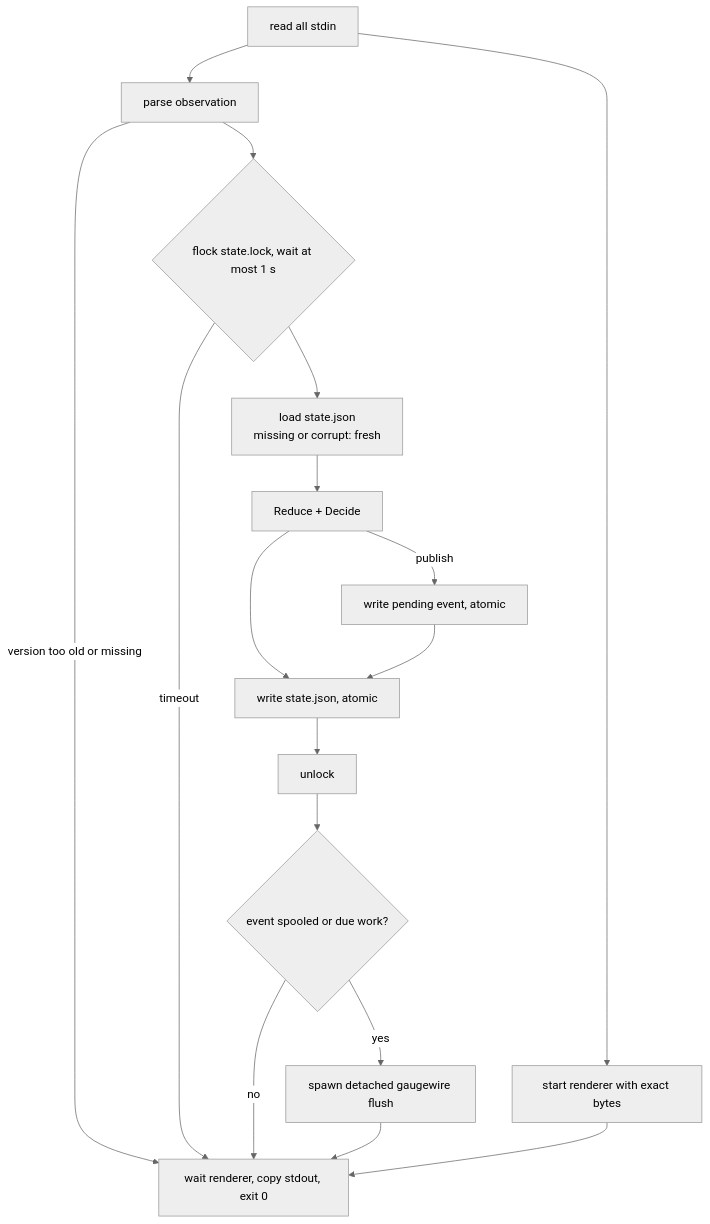
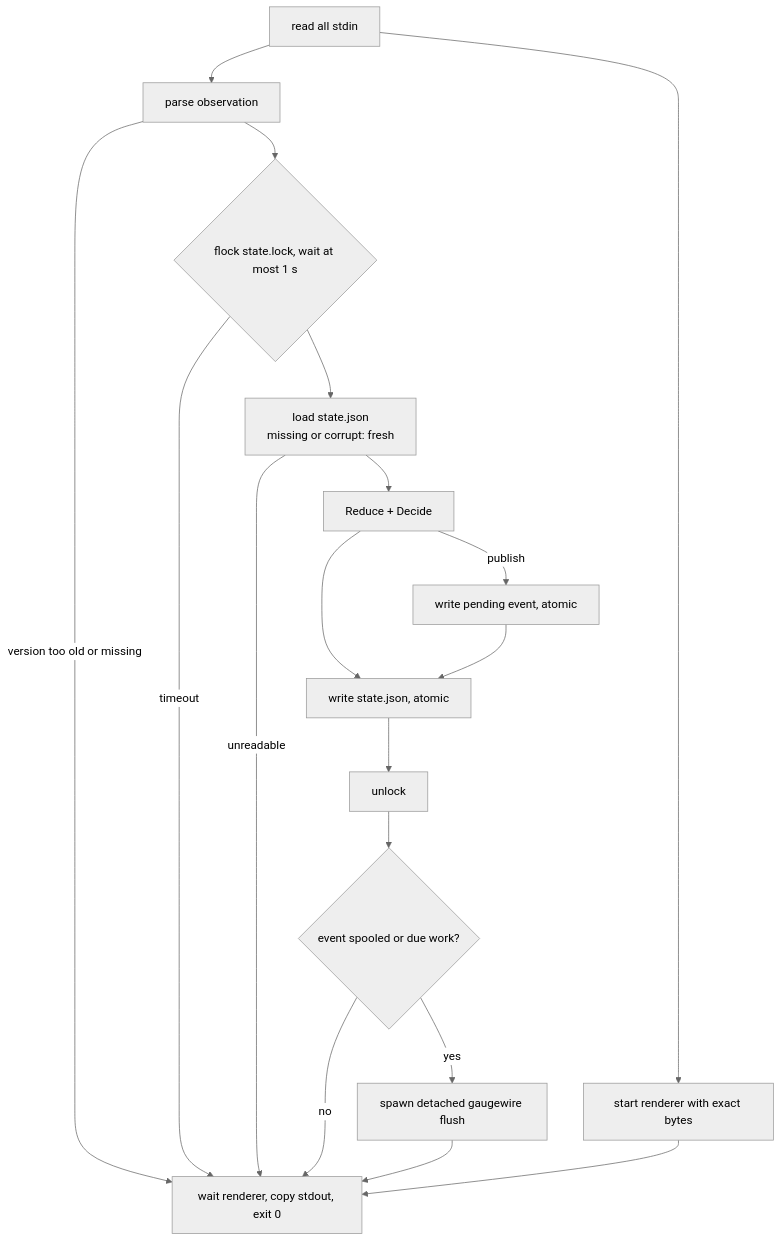
Before and after one commit to sulcer/gaugewire: the diagram in docs/spec/gaugewire/hot-path.md, drawn with Mermaid (neutral theme). The commit also changed other lines of this file and 4 other files, not shown here.

````diff
--- a/docs/spec/gaugewire/hot-path.md
+++ b/docs/spec/gaugewire/hot-path.md
@@ -14,19 +14,20 @@
 ```mermaid
 flowchart TD
     A[read all stdin] --> B[start renderer with exact bytes]
     A --> C[parse observation]
     C -->|version too old or missing| Z
     C --> D{"flock state.lock, wait at most 1 s"}
     D -->|timeout| Z
     D --> E["load state.json<br/>missing or corrupt: fresh"]
+    E -->|unreadable| Z
     E --> F[Reduce + Decide]
     F -->|publish| G[write pending event, atomic]
     F --> H[write state.json, atomic]
     G --> H
     H --> I[unlock]
     I --> J{"event spooled or due work?"}
     J -->|yes| K[spawn detached gaugewire flush]
     J -->|no| Z
     K --> Z
     B --> Z[wait renderer, copy stdout, exit 0]
 ```
````
